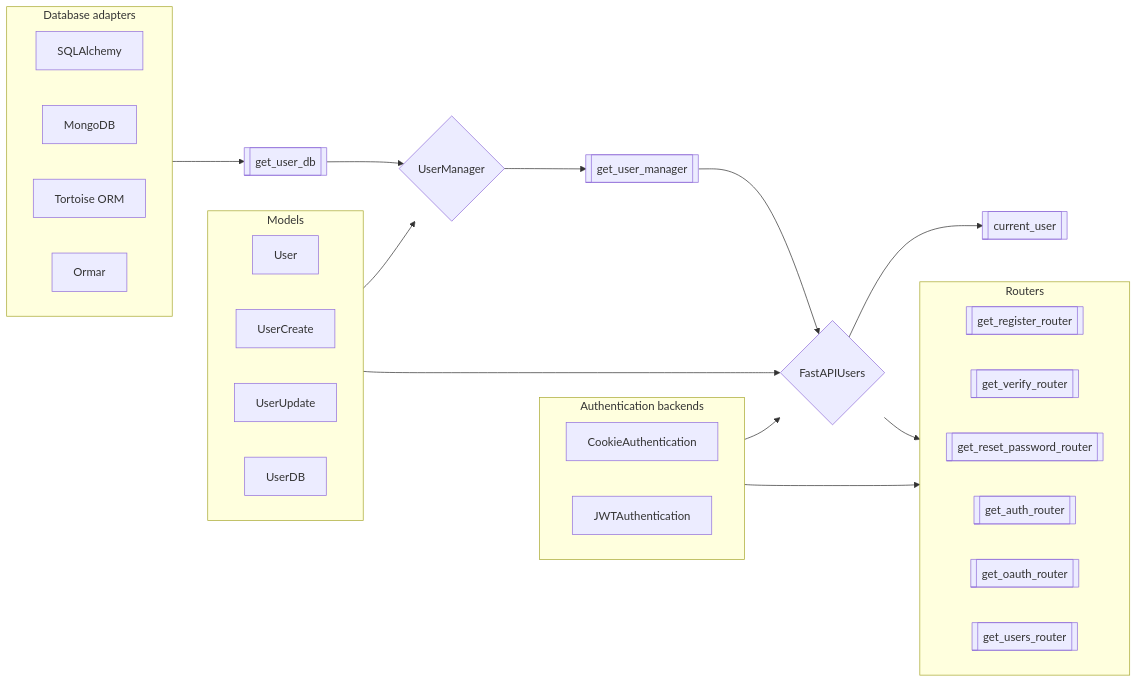
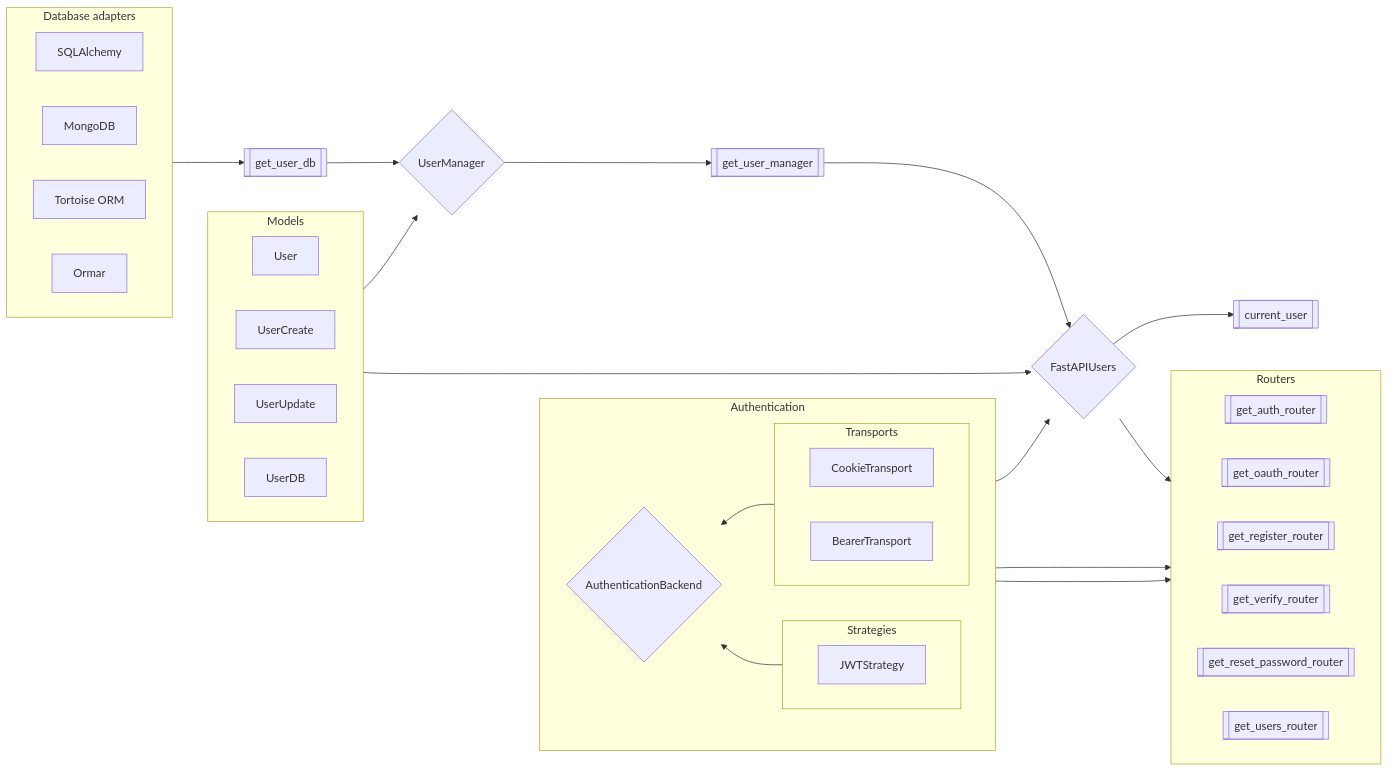
One commit to fastapi-users/fastapi-users changed the diagram in docs/configuration/overview.md. Above: the diagram before and after it, drawn with Mermaid. The commit also changed other lines of this file and 9 other files, not shown here.

````diff
--- a/docs/configuration/overview.md
+++ b/docs/configuration/overview.md
@@ -6,51 +6,63 @@
 ```mermaid
 flowchart LR
     FASTAPI_USERS{FastAPIUsers}
     USER_MANAGER{UserManager}
     DATABASE_DEPENDENCY[[get_user_db]]
     USER_MANAGER_DEPENDENCY[[get_user_manager]]
     CURRENT_USER[[current_user]]
     subgraph MODELS[Models]
         direction RL
         USER[User]
         USER_CREATE[UserCreate]
         USER_UPDATE[UserUpdate]
         USER_DB[UserDB]
     end
     subgraph DATABASE[Database adapters]
         direction RL
         SQLALCHEMY[SQLAlchemy]
         MONGODB[MongoDB]
         TORTOISE[Tortoise ORM]
         ORMAR[Ormar]
     end
     subgraph ROUTERS[Routers]
         direction RL
+        AUTH[[get_auth_router]]
+        OAUTH[[get_oauth_router]]
         REGISTER[[get_register_router]]
         VERIFY[[get_verify_router]]
         RESET[[get_reset_password_router]]
-        AUTH[[get_auth_router]]
-        OAUTH[[get_oauth_router]]
         USERS[[get_users_router]]
     end
-    subgraph AUTH_BACKENDS[Authentication backends]
+    subgraph AUTH_BACKENDS[Authentication]
         direction RL
-        COOKIE[CookieAuthentication]
-        JWT[JWTAuthentication]
+        subgraph TRANSPORTS[Transports]
+            direction RL
+            COOKIE[CookieTransport]
+            BEARER[BearerTransport]
+        end
+        subgraph STRATEGIES[Strategies]
+            direction RL
+            JWT[JWTStrategy]
+        end
+        AUTH_BACKEND{AuthenticationBackend}
     end
     DATABASE --> DATABASE_DEPENDENCY
     DATABASE_DEPENDENCY --> USER_MANAGER
 
     MODELS --> USER_MANAGER
     MODELS --> FASTAPI_USERS
 
     USER_MANAGER --> USER_MANAGER_DEPENDENCY
     USER_MANAGER_DEPENDENCY --> FASTAPI_USERS
 
     FASTAPI_USERS --> ROUTERS
 
-    AUTH_BACKENDS --> AUTH
-    AUTH_BACKENDS --> FASTAPI_USERS
+    TRANSPORTS --> AUTH_BACKEND
+    STRATEGIES --> AUTH_BACKEND
+
+    AUTH_BACKEND --> AUTH
+    AUTH_BACKEND --> OAUTH
+    AUTH_BACKEND --> FASTAPI_USERS
 
     FASTAPI_USERS --> CURRENT_USER
 ```
````
